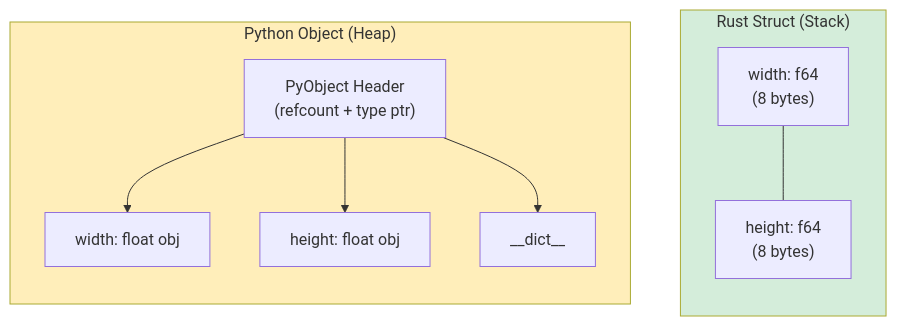
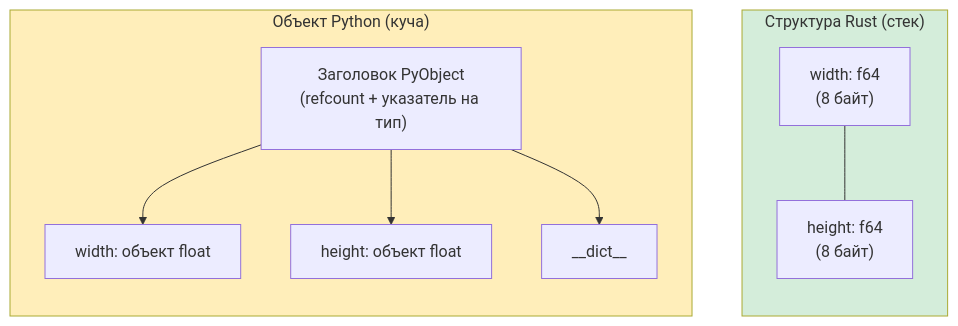
One commit to r007/RustTraining-Rus changed the diagram in python-book/src/ch05-data-structures-and-collections.md. Above: the diagram before and after it, drawn with Mermaid. The commit also changed other lines of this file and 10 other files, not shown here.

````diff
--- a/python-book/src/ch05-data-structures-and-collections.md
+++ b/python-book/src/ch05-data-structures-and-collections.md
@@ -191,14 +190,14 @@
 ```mermaid
 flowchart LR
-    subgraph Python ["Python Object (Heap)"]
-        PH["PyObject Header<br/>(refcount + type ptr)"] --> PW["width: float obj"]
-        PH --> PHT["height: float obj"]
+    subgraph Python ["Объект Python (куча)"]
+        PH["Заголовок PyObject<br/>(refcount + указатель на тип)"] --> PW["width: объект float"]
+        PH --> PHT["height: объект float"]
         PH --> PD["__dict__"]
     end
     Python ~~~ Rust
-    subgraph Rust ["Rust Struct (Stack)"]
-        RW["width: f64<br/>(8 bytes)"] --- RH["height: f64<br/>(8 bytes)"]
+    subgraph Rust ["Структура Rust (стек)"]
+        RW["width: f64<br/>(8 байт)"] --- RH["height: f64<br/>(8 байт)"]
     end
     style Python fill:#ffeeba
     style Rust fill:#d4edda
 ```
````
